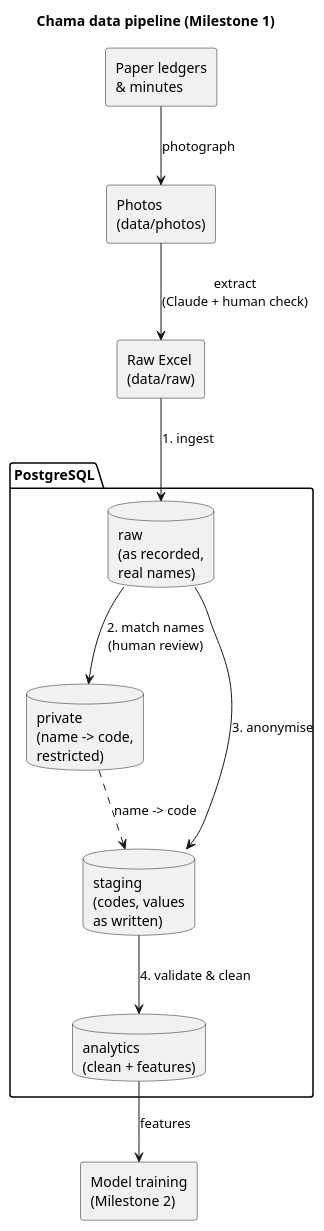
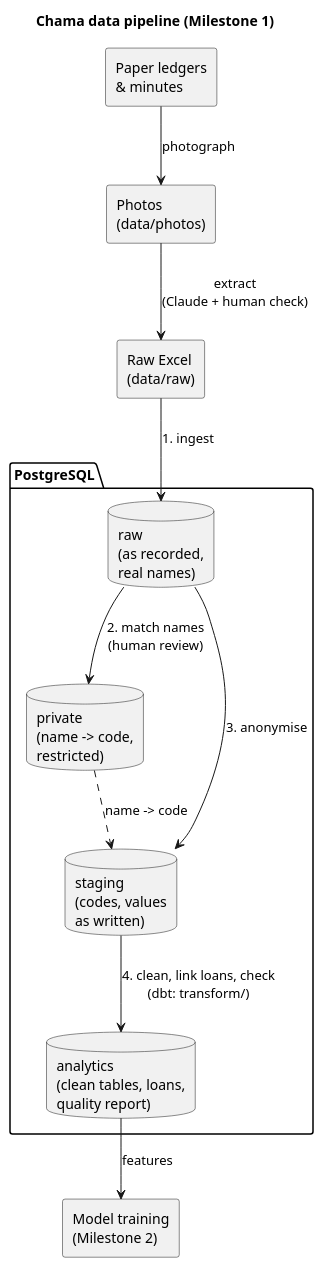
One commit to muriithi-alvin/chama-loan-default changed the diagram in docs/diagrams/data_pipeline.puml. Above: the diagram before and after it, drawn with PlantUML. The commit also changed 3 other files, not shown here.

Commit message:
M1: Decision 009 (dbt for the analytics and cleaning layer) and D010 (Loans are rebuilt from ledger lines)

```diff
--- a/docs/diagrams/data_pipeline.puml
+++ b/docs/diagrams/data_pipeline.puml
@@ -1,24 +1,24 @@
 @startuml data_pipeline
 title Chama data pipeline (Milestone 1)
 skinparam componentStyle rectangle
 
 rectangle "Paper ledgers\n& minutes" as ledgers
 rectangle "Photos\n(data/photos)" as photos
 rectangle "Raw Excel\n(data/raw)" as excel
 
 package "PostgreSQL" {
   database "raw\n(as recorded,\nreal names)" as raw
   database "private\n(name -> code,\nrestricted)" as priv
   database "staging\n(codes, values\nas written)" as staging
-  database "analytics\n(clean + features)" as analytics
+  database "analytics\n(clean tables, loans,\nquality report)" as analytics
 }
 
 ledgers --> photos : photograph
 photos --> excel : extract\n(Claude + human check)
 excel --> raw : 1. ingest
 raw --> priv : 2. match names\n(human review)
 raw --> staging : 3. anonymise
 priv ..> staging : name -> code
-staging --> analytics : 4. validate & clean
+staging --> analytics : 4. clean, link loans, check\n(dbt: transform/)
 analytics --> [Model training\n(Milestone 2)] : features
 @enduml
```
